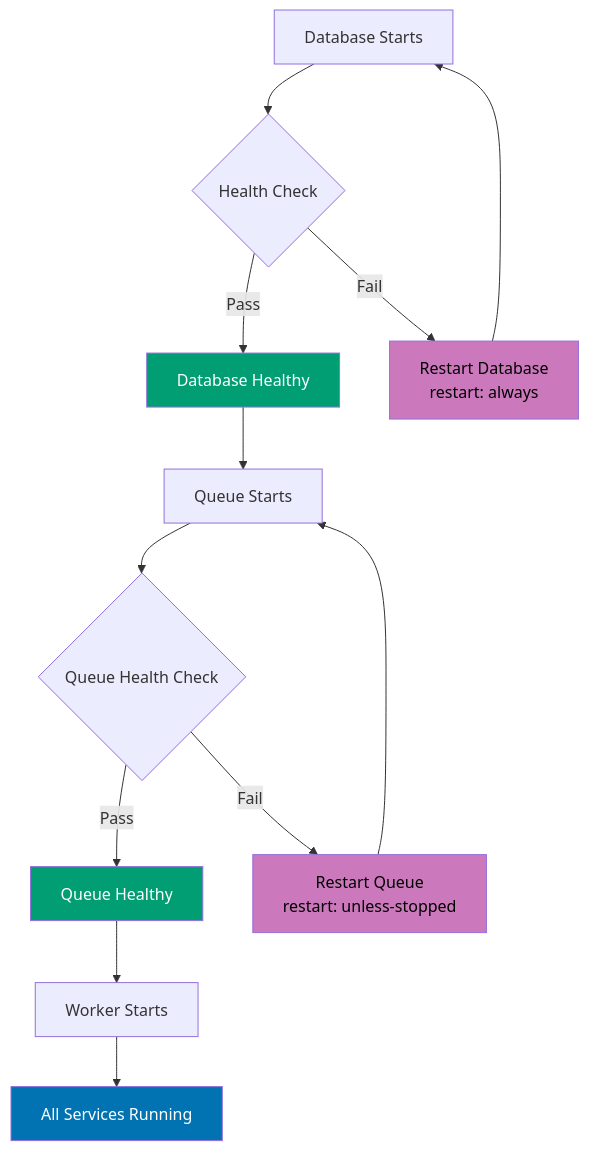
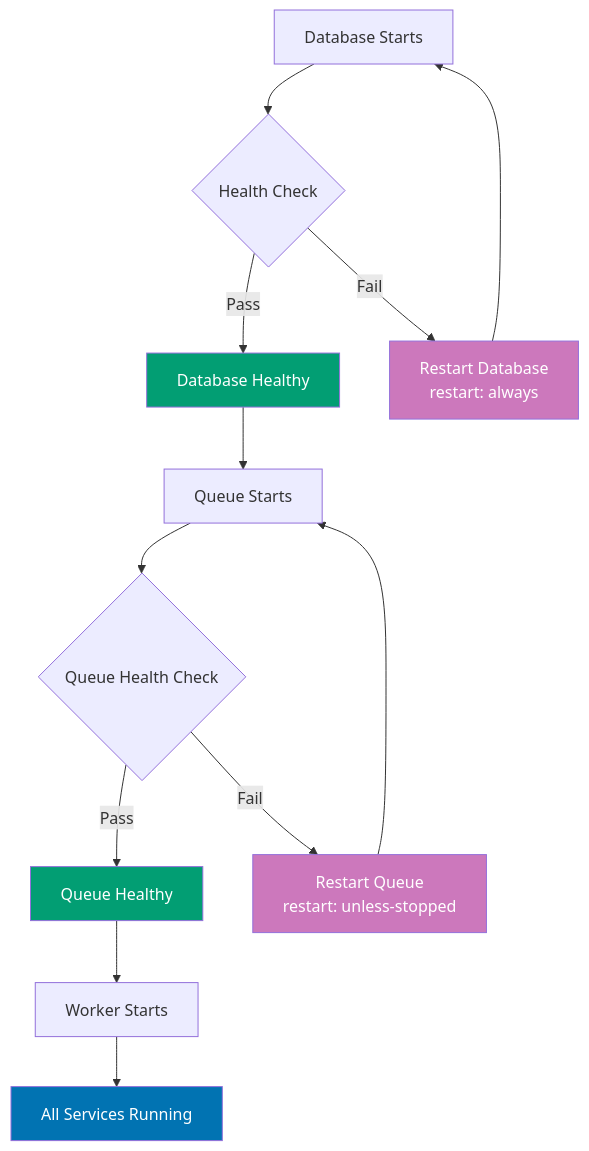
One commit to wahidyankf/open-sharia-enterprise changed the sixth of 11 diagrams in apps/ayokoding-web/content/en/learn/software-engineering/infrastructure/tools/docker/by-example/intermediate.md. Above: the diagram before and after it, drawn with Mermaid. The commit also changed other lines of this file and 61 other files, not shown here.

First line of the commit message:
fix(ayokoding-web): quote Mermaid node labels with special characters in Example 63

````diff
--- a/apps/ayokoding-web/content/en/learn/software-engineering/infrastructure/tools/docker/by-example/intermediate.md
+++ b/apps/ayokoding-web/content/en/learn/software-engineering/infrastructure/tools/docker/by-example/intermediate.md
@@ -932,21 +932,21 @@
 ```mermaid
 graph TD
     A["Database Starts"] --> B{Health Check}
     B -->|Pass| C["Database Healthy"]
     C --> D["Queue Starts"]
     D --> E{Queue Health Check}
     E -->|Pass| F["Queue Healthy"]
     F --> G["Worker Starts"]
     G --> H["All Services Running"]
 
     B -->|Fail| I["Restart Database<br/>restart: always"]
     I --> A
     E -->|Fail| J["Restart Queue<br/>restart: unless-stopped"]
     J --> D
 
     style C fill:#029E73,color:#fff
     style F fill:#029E73,color:#fff
     style H fill:#0173B2,color:#fff
-    style I fill:#CC78BC,color:#000
-    style J fill:#CC78BC,color:#000
+    style I fill:#CC78BC,color:#fff
+    style J fill:#CC78BC,color:#fff
 ```
````
